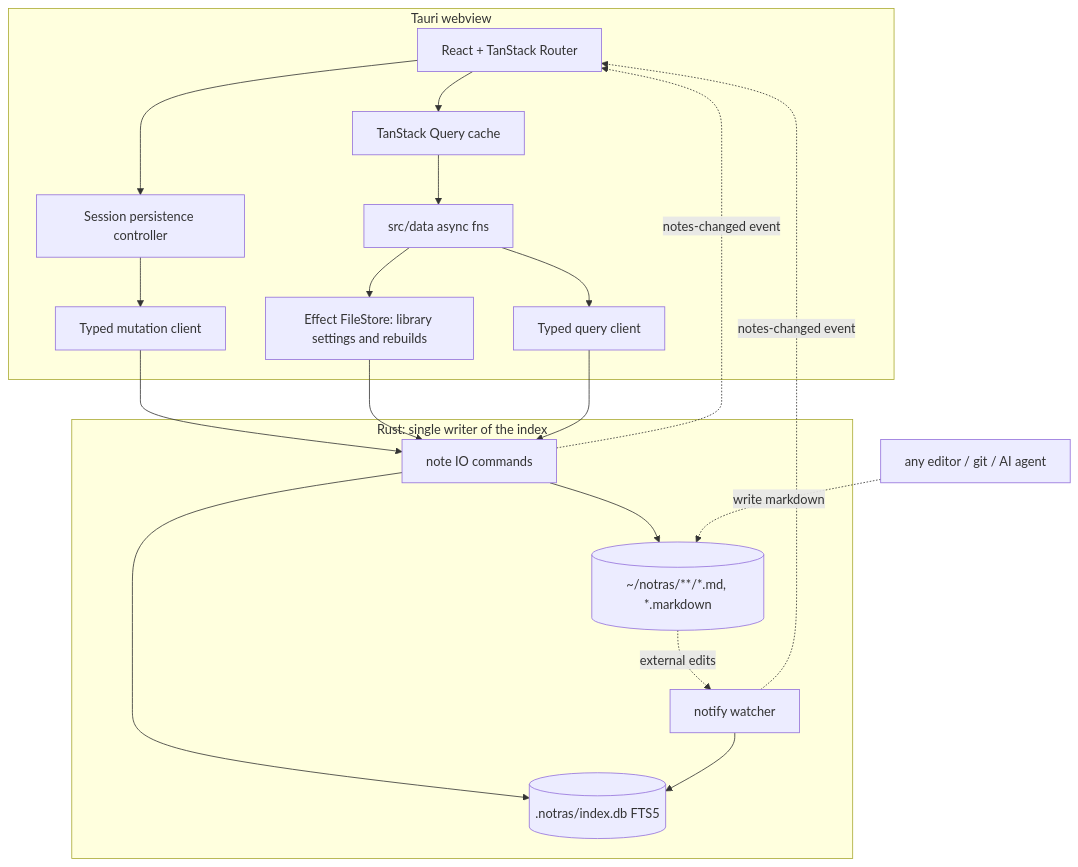
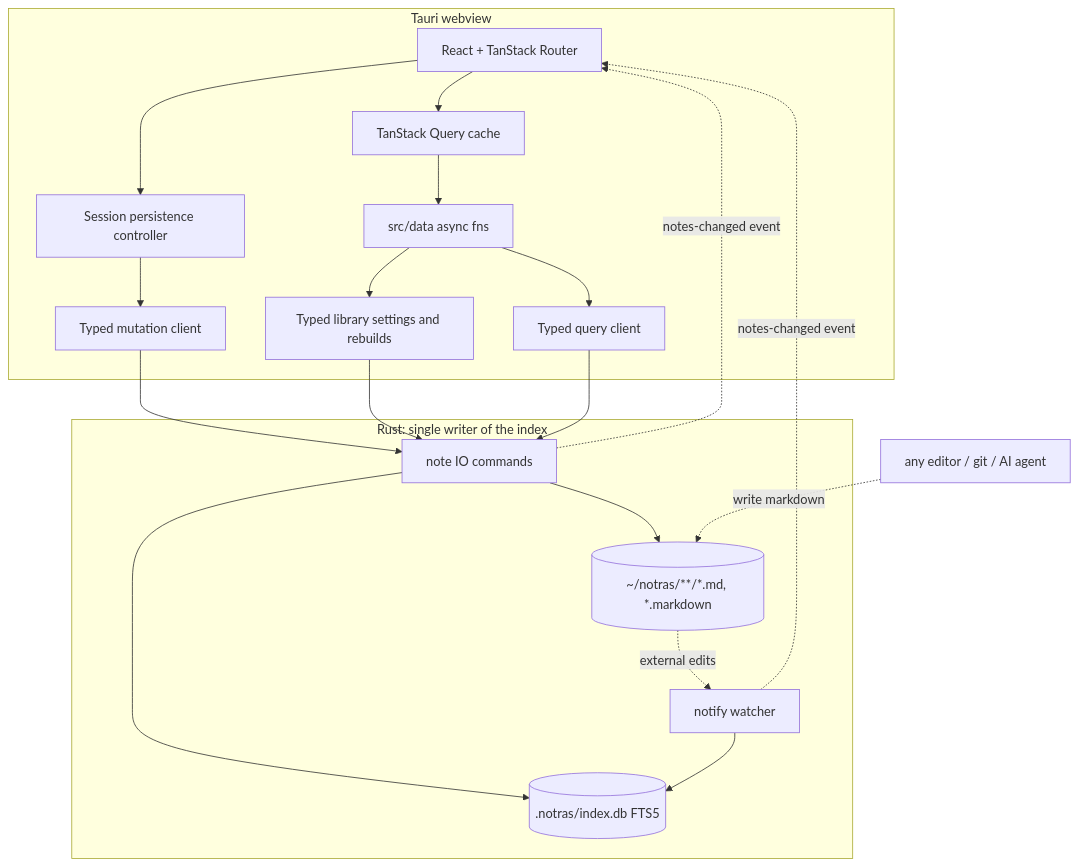
The diagram in ARCHITECTURE.md (jimmy-guzman/notras), drawn with Mermaid before and after one commit. The commit also changed other lines of this file and 25 other files, not shown here.

````diff
--- a/ARCHITECTURE.md
+++ b/ARCHITECTURE.md
@@ -25,25 +24,25 @@
 ```mermaid
 flowchart TD
     subgraph webview [Tauri webview]
         UI[React + TanStack Router] --> Query[TanStack Query cache]
         UI --> Persistence[Session persistence controller]
         Persistence --> Mutations[Typed mutation client]
         Query --> Data[src/data async fns]
         Data --> Reads[Typed query client]
-        Data --> FileStore[Effect FileStore: library settings and rebuilds]
+        Data --> Library[Typed library settings and rebuilds]
     end
 
     subgraph rust [Rust: single writer of the index]
         Commands[note IO commands] --> Files[(~/notras/**/*.md, *.markdown)]
         Commands --> IndexDb[(.notras/index.db FTS5)]
         Watcher[notify watcher] --> IndexDb
         Files -.external edits.-> Watcher
     end
 
     Mutations --> Commands
-    FileStore --> Commands
+    Library --> Commands
     Reads --> Commands
     Agents[any editor / git / AI agent] -.write markdown.-> Files
     Commands -. notes-changed event .-> UI
     Watcher -. notes-changed event .-> UI
 ```
````
